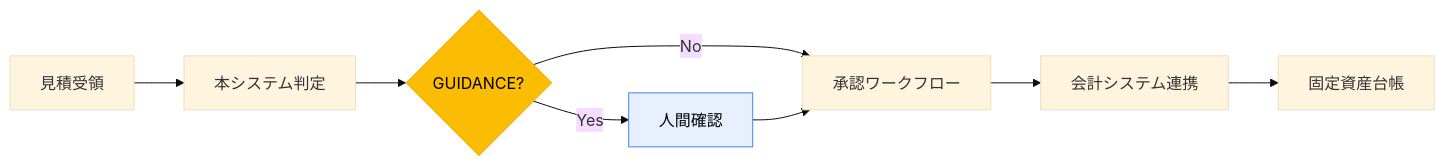
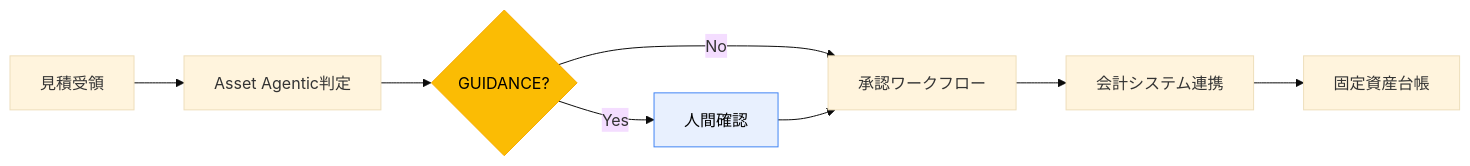
The seventh of 8 diagrams in docs/architecture_diagram.md (Majiro-ns/fixed-asset-agentic), drawn with Mermaid (base theme) before and after one commit. The commit also changed other lines of this file and 126 other files, not shown here.

````diff
--- a/docs/architecture_diagram.md
+++ b/docs/architecture_diagram.md
@@ -320,13 +320,13 @@
 ```mermaid
 graph LR
-    A[見積受領] --> B[本システム判定]
+    A[見積受領] --> B[Asset Agentic判定]
     B --> C{GUIDANCE?}
     C -->|Yes| D[人間確認]
     C -->|No| E[承認ワークフロー]
     D --> E
     E --> F[会計システム連携]
     F --> G[固定資産台帳]
 
     style C fill:#fbbc04,stroke:#f9ab00,color:#000
     style D fill:#e8f0fe,stroke:#4285f4,color:#000
 ```
````
